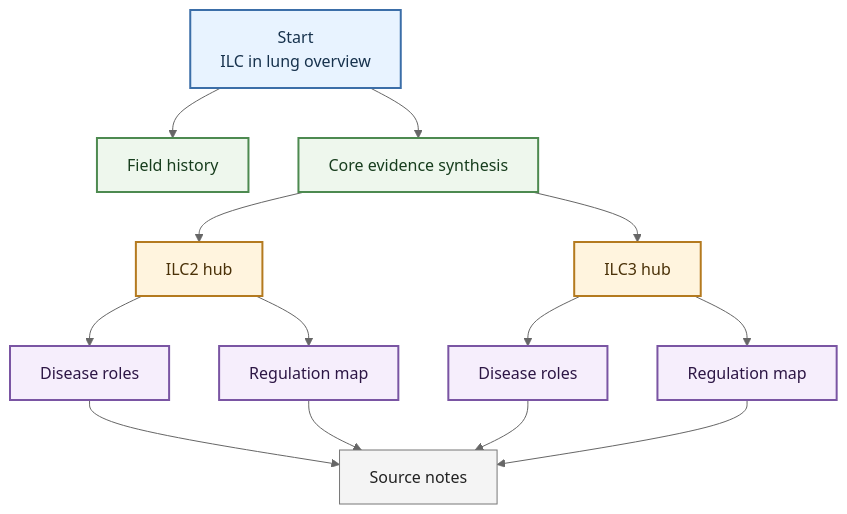
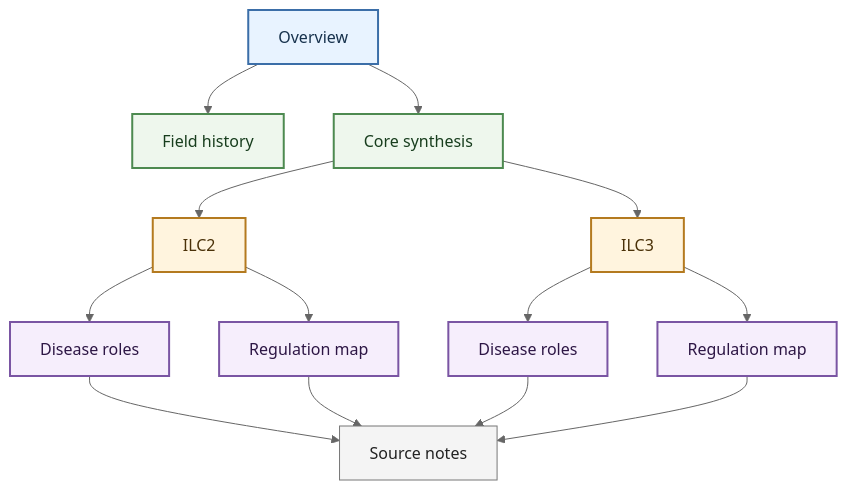
The diagram in wiki/index.md (shao1116/ILC-Wiki), drawn with Mermaid (neutral theme) before and after one commit. The commit also changed other lines of this file and 15 other files, not shown here.

````diff
--- a/wiki/index.md
+++ b/wiki/index.md
@@ -25,30 +24,30 @@
 ```mermaid
 flowchart TB
     accTitle: Core Knowledge Map
     accDescr: Homepage map showing how readers should move from field orientation into core synthesis, entity hubs, topic pages, and source traceability.
 
-    home["Start<br/>ILC in lung overview"] --> trend["Field history"]
-    home --> core["Core evidence synthesis"]
-    core --> ilc2["ILC2 hub"]
-    core --> ilc3["ILC3 hub"]
+    home["Overview"] --> trend["Field history"]
+    home --> core["Core synthesis"]
+    core --> ilc2["ILC2"]
+    core --> ilc3["ILC3"]
     ilc2 --> ilc2_disease["Disease roles"]
     ilc2 --> ilc2_reg["Regulation map"]
     ilc3 --> ilc3_disease["Disease roles"]
     ilc3 --> ilc3_reg["Regulation map"]
     ilc2_disease --> sources["Source notes"]
     ilc2_reg --> sources
     ilc3_disease --> sources
     ilc3_reg --> sources
 
     classDef entry fill:#e8f3ff,stroke:#3b6ea8,stroke-width:2px,color:#17324d
     classDef synthesis fill:#eef7ed,stroke:#4d8a50,stroke-width:2px,color:#173d1d
     classDef cell fill:#fff4de,stroke:#b47a1f,stroke-width:2px,color:#4a3108
     classDef topic fill:#f6eefc,stroke:#7a55a3,stroke-width:2px,color:#2d1645
     classDef source fill:#f4f4f4,stroke:#777,stroke-width:1px,color:#222
 
     class home entry
     class trend,core synthesis
     class ilc2,ilc3 cell
     class ilc2_disease,ilc2_reg,ilc3_disease,ilc3_reg topic
     class sources source
 ```
````
